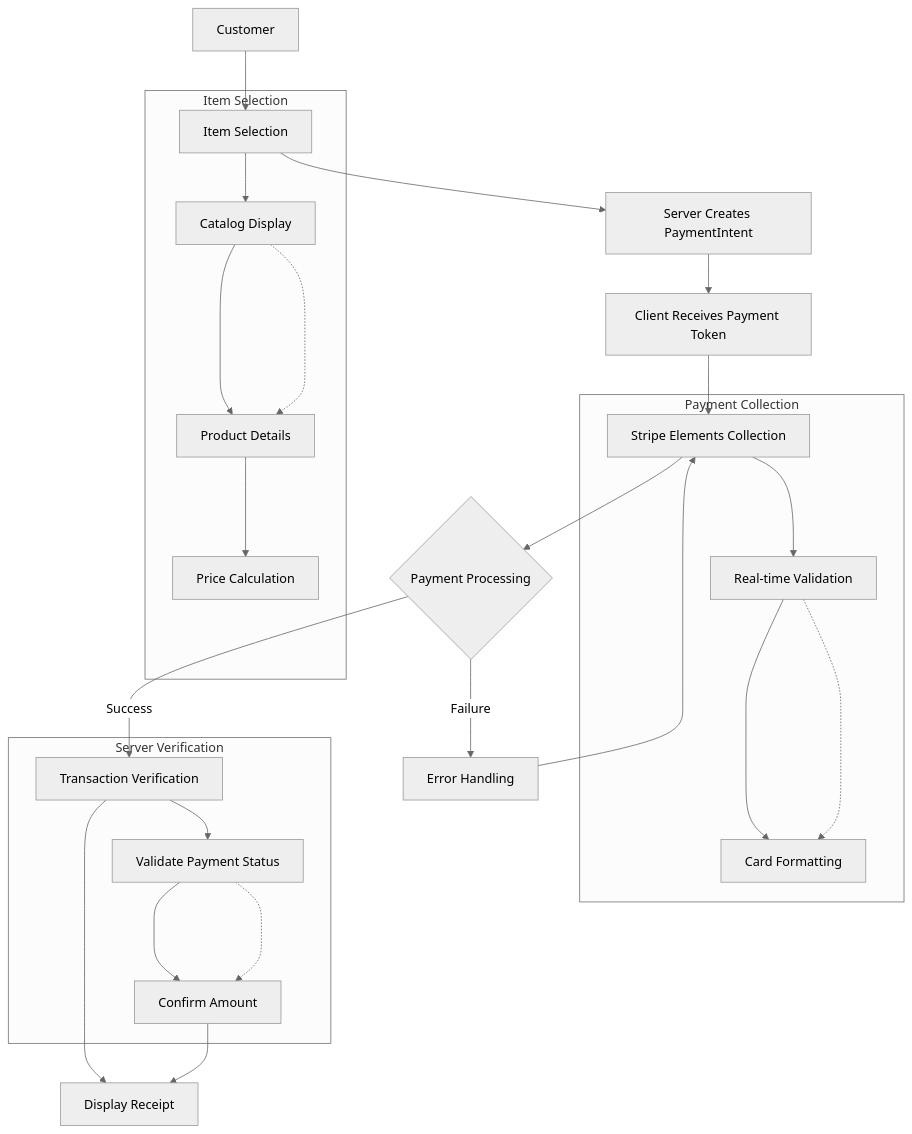
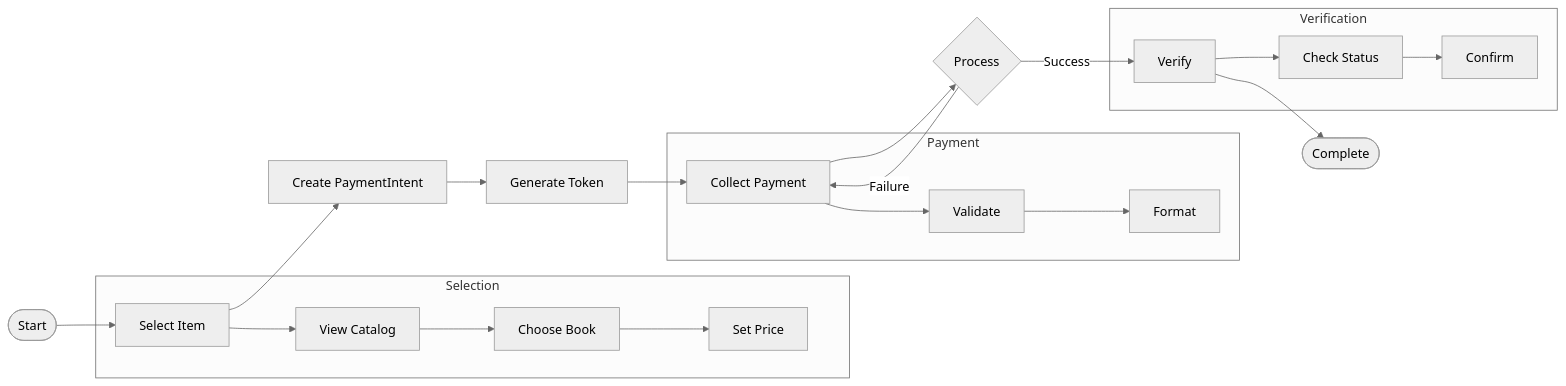
Before and after one commit to therealkevops/sa-thp-solution: the diagram in README.md, drawn with Mermaid (neutral theme).

Commit message:
minor edits

````diff
--- a/README.md
+++ b/README.md
@@ -65,37 +65,27 @@
 ```mermaid
-flowchart TB
-    A[Customer] --> B[Item Selection]
-    B --> C[Server Creates PaymentIntent]
-    C --> D[Client Receives Payment Token]
-    D --> E[Stripe Elements Collection]
-    E --> F{Payment Processing}
-    F -->|Success| G[Transaction Verification]
-    G --> H[Display Receipt]
-    F -->|Failure| I[Error Handling]
-    I --> E
-    
-    subgraph "Item Selection"
-    B --> B1[Catalog Display]
-    B1 --> B2[Product Details]
-    B2 --> B3[Price Calculation]
+flowchart LR
+    A([Start]) --> B[Select Item]
+    B --> C[Create PaymentIntent]
+    C --> D[Generate Token]
+    D --> E[Collect Payment]
+    E --> F{Process}
+    F -->|Success| G[Verify]
+    F -->|Failure| E
+    G --> H([Complete])
+
+    subgraph "Selection"
+        B --> B1[View Catalog]
+        B1 --> B2[Choose Book]
+        B2 --> B3[Set Price]
     end
-    
-    subgraph "Payment Collection"
-    E --> E1[Real-time Validation]
-    E1 --> E2[Card Formatting]
+
+    subgraph "Payment"
+        E --> E1[Validate]
+        E1 --> E2[Format]
     end
-    
-    subgraph "Server Verification"
-    G --> G1[Validate Payment Status]
-    G1 --> G2[Confirm Amount]
+
+    subgraph "Verification"
+        G --> G1[Check Status]
+        G1 --> G2[Confirm]
     end
-    
-    G2 --> H[Display Receipt]
-
-    %% Positioning hints
-    B1 -..-> B2
-    E1 -..-> E2
-    G1 -..-> G2
-    
-
 ```
````
